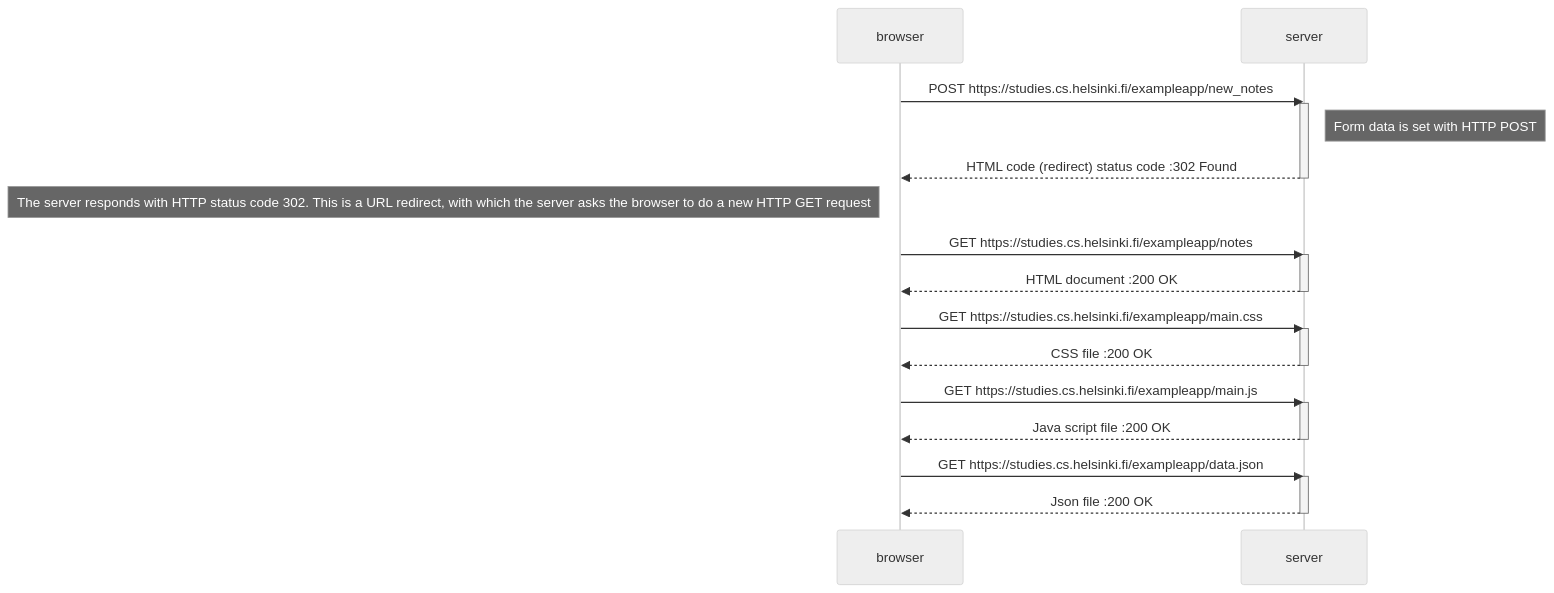
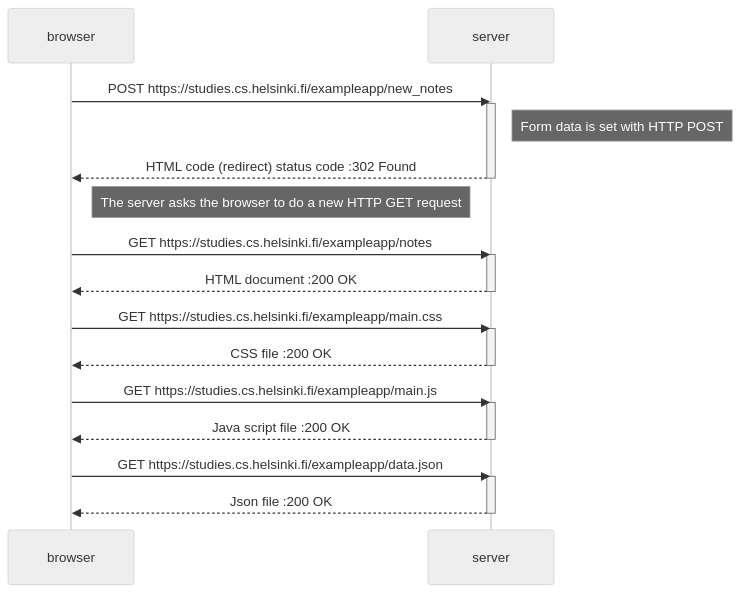
One commit to andersonkwok/git001 changed the diagram in 0.4.md. Above: the diagram before and after it, drawn with Mermaid (neutral theme).

````diff
--- a/0.4.md
+++ b/0.4.md
@@ -2,32 +2,32 @@
 ```mermaid
 sequenceDiagram
     participant browser
     participant server
 
     browser->>server: POST https://studies.cs.helsinki.fi/exampleapp/new_notes
     activate server
     Note right of server: Form data is set with HTTP POST
     server-->>browser: HTML code (redirect) status code :302 Found
     deactivate server
 
-Note left of browser:The server responds with HTTP status code 302. This is a URL redirect, with which the server asks the browser to do a new HTTP GET request
+Note right of browser:The server asks the browser to do a new HTTP GET request
     browser->>server: GET https://studies.cs.helsinki.fi/exampleapp/notes
     activate server
     server-->>browser: HTML document  :200 OK
     deactivate server
 
     browser->>server: GET https://studies.cs.helsinki.fi/exampleapp/main.css
     activate server
     server-->>browser: CSS file  :200 OK
     deactivate server
 
     browser->>server: GET https://studies.cs.helsinki.fi/exampleapp/main.js
     activate server
     server-->>browser: Java script file  :200 OK
     deactivate server
 
     browser->>server: GET https://studies.cs.helsinki.fi/exampleapp/data.json
     activate server
     server-->>browser: Json file  :200 OK
     deactivate server
 ```
````
